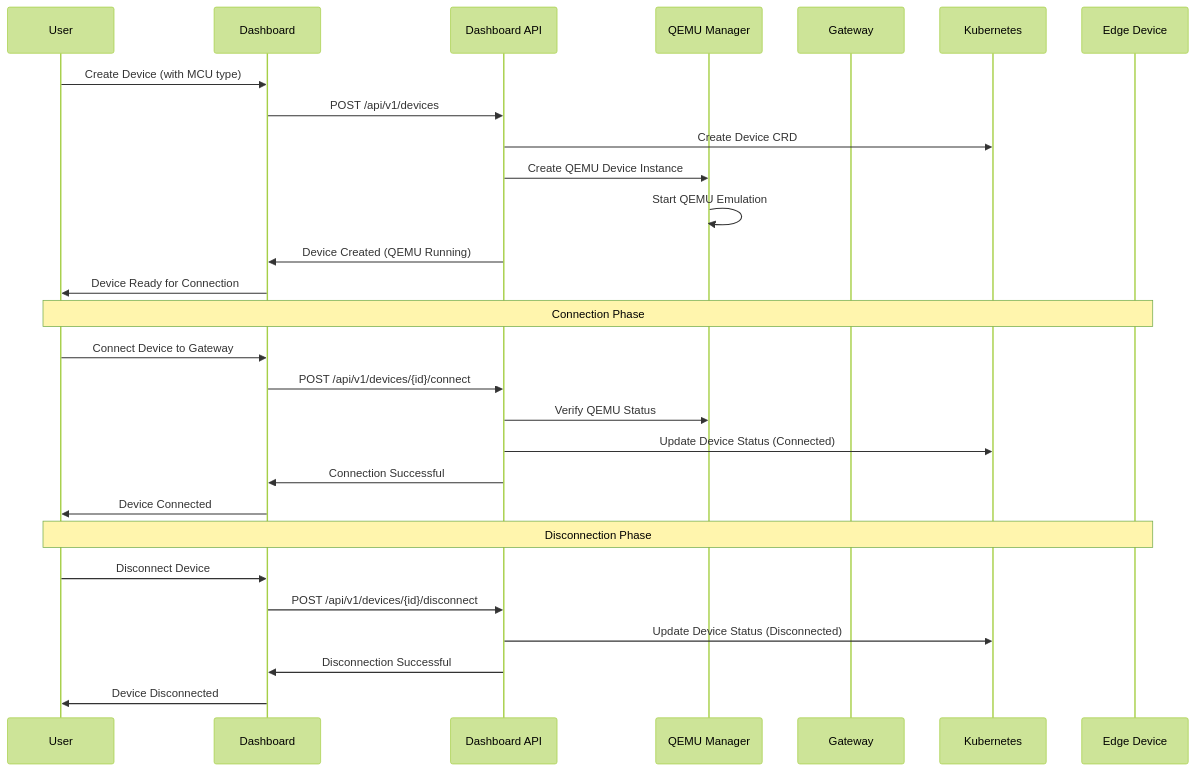
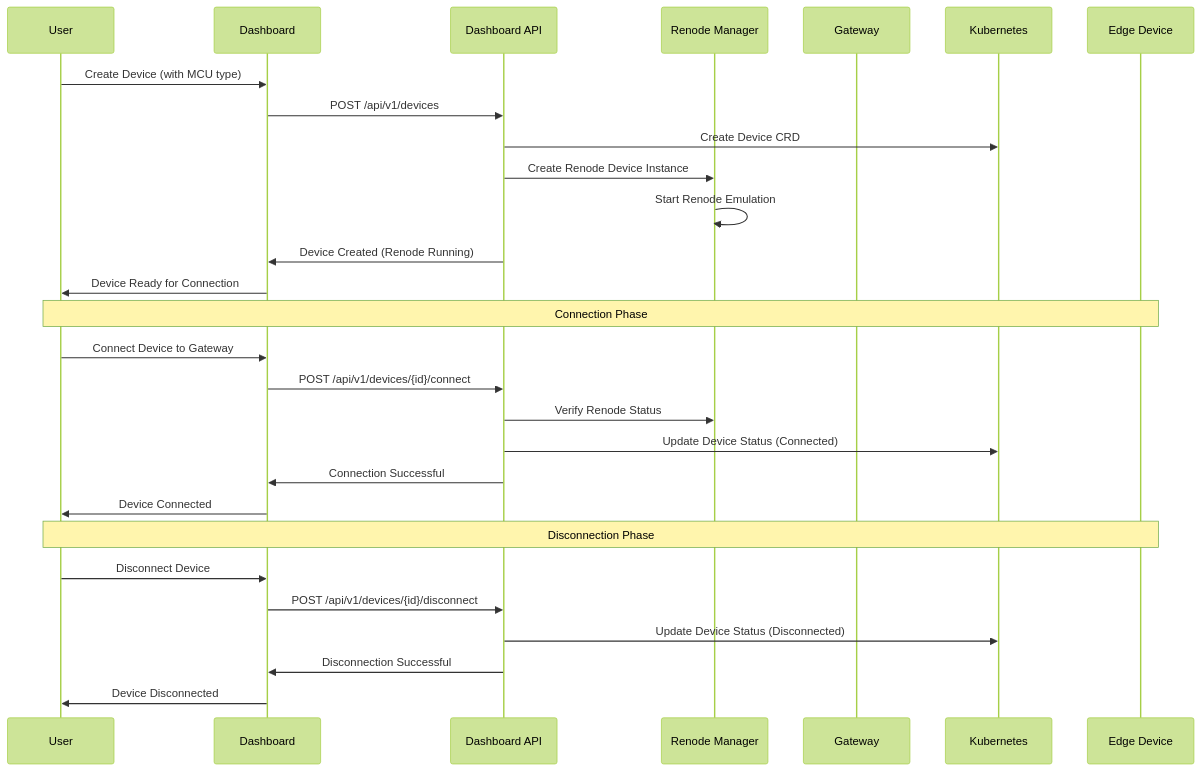
The third of 11 diagrams in retrospect/README.md (lucadagati/retrospect), drawn with Mermaid (forest theme) before and after one commit. The commit also changed other lines of this file and 48 other files, not shown here.

````diff
--- a/retrospect/README.md
+++ b/retrospect/README.md
@@ -159,33 +160,33 @@
 ```mermaid
 sequenceDiagram
     participant U as User
     participant D as Dashboard
     participant API as Dashboard API
-    participant QEMU as QEMU Manager
+    participant Renode as Renode Manager
     participant GW as Gateway
     participant K8S as Kubernetes
     participant DEV as Edge Device
     
     U->>D: Create Device (with MCU type)
     D->>API: POST /api/v1/devices
     API->>K8S: Create Device CRD
-    API->>QEMU: Create QEMU Device Instance
-    QEMU->>QEMU: Start QEMU Emulation
-    API->>D: Device Created (QEMU Running)
+    API->>Renode: Create Renode Device Instance
+    Renode->>Renode: Start Renode Emulation
+    API->>D: Device Created (Renode Running)
     D->>U: Device Ready for Connection
     
     Note over U,DEV: Connection Phase
     U->>D: Connect Device to Gateway
     D->>API: POST /api/v1/devices/{id}/connect
-    API->>QEMU: Verify QEMU Status
+    API->>Renode: Verify Renode Status
     API->>K8S: Update Device Status (Connected)
     API->>D: Connection Successful
     D->>U: Device Connected
     
     Note over U,DEV: Disconnection Phase
     U->>D: Disconnect Device
     D->>API: POST /api/v1/devices/{id}/disconnect
     API->>K8S: Update Device Status (Disconnected)
     API->>D: Disconnection Successful
     D->>U: Device Disconnected
 ```
````
